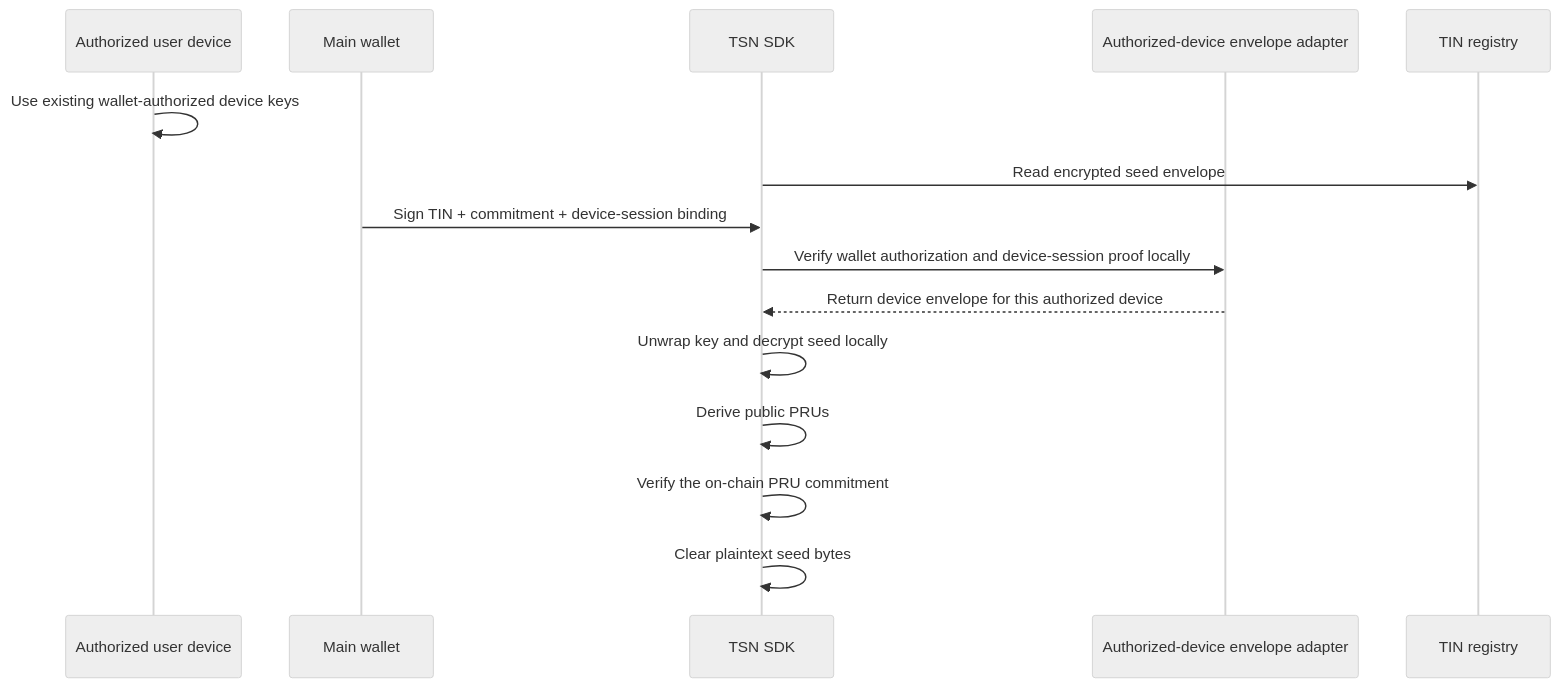
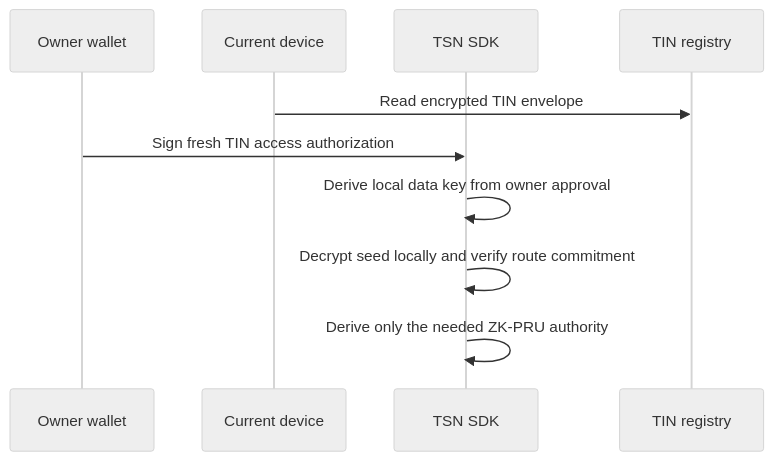
Before and after one commit to bigdreamsweb3/trustlink-pay: the diagram in docs/tin-master-seed-architecture.md, drawn with Mermaid (neutral theme). The commit also changed other lines of this file and 31 other files, not shown here.

````diff
--- a/docs/tin-master-seed-architecture.md
+++ b/docs/tin-master-seed-architecture.md
@@ -107,18 +24,13 @@
 ```mermaid
 sequenceDiagram
-    participant D as Authorized user device
-    participant W as Main wallet
+    participant W as Owner wallet
+    participant D as Current device
     participant SDK as TSN SDK
-    participant K as Authorized-device envelope adapter
     participant T as TIN registry
 
-    D->>D: Use existing wallet-authorized device keys
-    SDK->>T: Read encrypted seed envelope
-    W->>SDK: Sign TIN + commitment + device-session binding
-    SDK->>K: Verify wallet authorization and device-session proof locally
-    K-->>SDK: Return device envelope for this authorized device
-    SDK->>SDK: Unwrap key and decrypt seed locally
-    SDK->>SDK: Derive public PRUs
-    SDK->>SDK: Verify the on-chain PRU commitment
-    SDK->>SDK: Clear plaintext seed bytes
+    D->>T: Read encrypted TIN envelope
+    W->>SDK: Sign fresh TIN access authorization
+    SDK->>SDK: Derive local data key from owner approval
+    SDK->>SDK: Decrypt seed locally and verify route commitment
+    SDK->>SDK: Derive only the needed ZK-PRU authority
 ```
````
